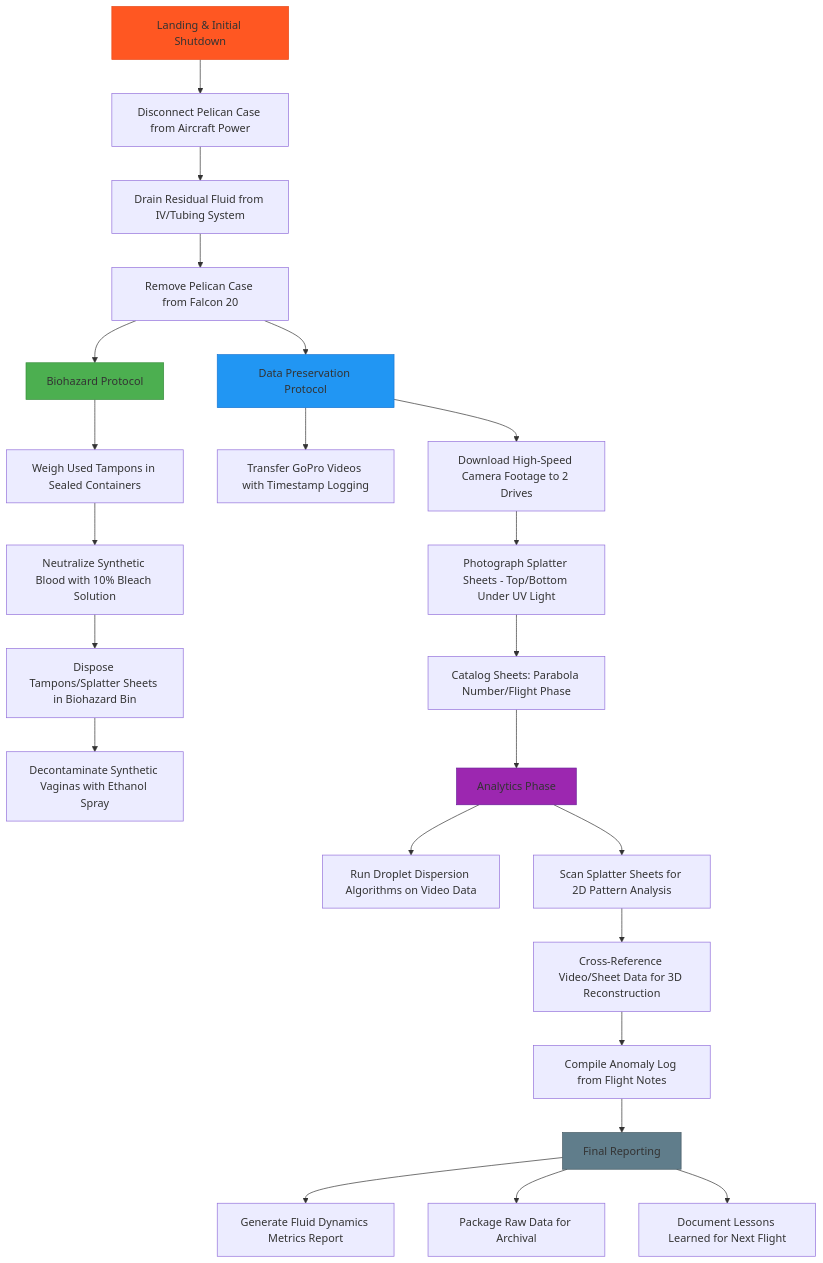
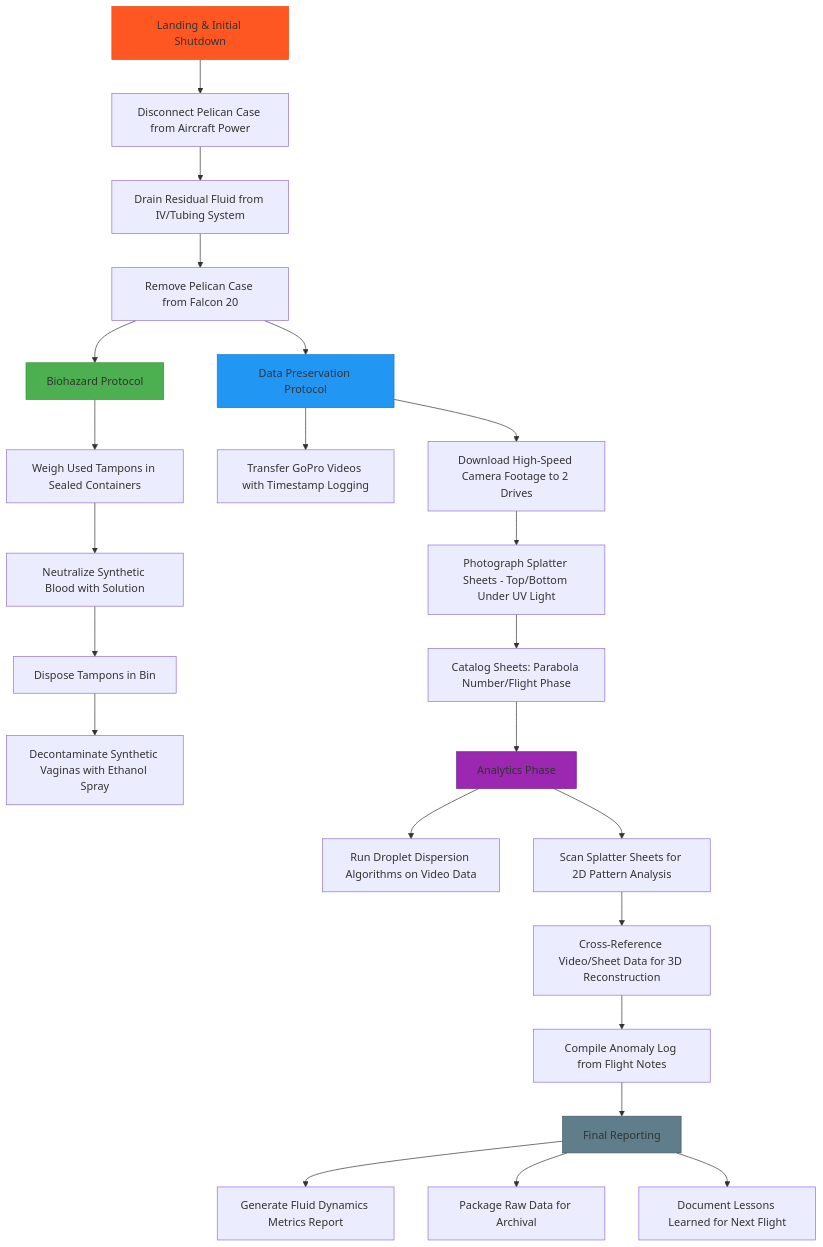
Before and after one commit to Birdbh/SPACE-MENs: the third of 3 diagrams in FlightProcedures.md, drawn with Mermaid.

````diff
--- a/FlightProcedures.md
+++ b/FlightProcedures.md
@@ -77,35 +77,35 @@
 ```mermaid
 graph TD
     A[Landing & Initial Shutdown] --> A1[Disconnect Pelican Case from Aircraft Power]
     A1 --> A2[Drain Residual Fluid from IV/Tubing System]
     A2 --> A3[Remove Pelican Case from Falcon 20]
 
     A3 --> B[Data Preservation Protocol]
     B --> B1[Download High-Speed Camera Footage to 2 Drives]
     B --> B2[Transfer GoPro Videos with Timestamp Logging]
     B1 --> B3[Photograph Splatter Sheets - Top/Bottom Under UV Light]
     B3 --> B4[Catalog Sheets: Parabola Number/Flight Phase]
 
     A3 --> C[Biohazard Protocol]
     C --> C1[Weigh Used Tampons in Sealed Containers]
-    C1 --> C2[Neutralize Synthetic Blood with 10% Bleach Solution]
-    C2 --> C3[Dispose Tampons/Splatter Sheets in Biohazard Bin]
+    C1 --> C2[Neutralize Synthetic Blood with Solution]
+    C2 --> C3[Dispose Tampons in  Bin]
     C3 --> C4[Decontaminate Synthetic Vaginas with Ethanol Spray]
 
     B4 --> D[Analytics Phase]
     D --> D1[Run Droplet Dispersion Algorithms on Video Data]
     D --> D2[Scan Splatter Sheets for 2D Pattern Analysis]
     D2 --> D3[Cross-Reference Video/Sheet Data for 3D Reconstruction]
     D3 --> D4[Compile Anomaly Log from Flight Notes]
 
     D4 --> E[Final Reporting]
     E --> E1[Generate Fluid Dynamics Metrics Report]
     E --> E2[Package Raw Data for Archival]
     E --> E3[Document Lessons Learned for Next Flight]
 
     style A fill:#FF5722,stroke:#E64A19
     style B fill:#2196F3,stroke:#1976D2
     style C fill:#4CAF50,stroke:#388E3C
     style D fill:#9C27B0,stroke:#6A1B9A
     style E fill:#607D8B,stroke:#455A64
 ```
````
